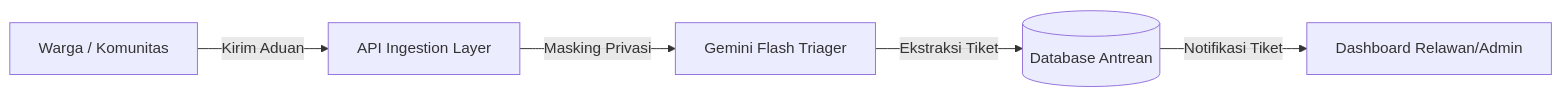
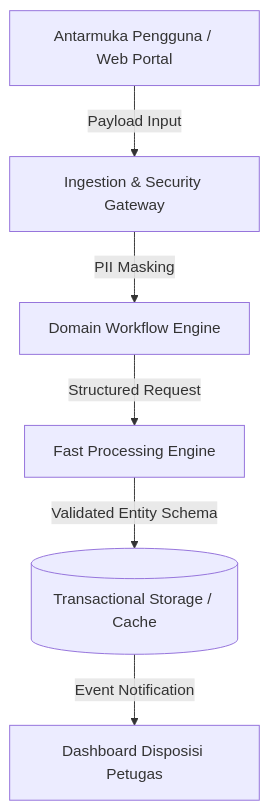
The diagram in skills/solution/code-topology-graphify.md (FatsyahRGT/vatio-corp-office), drawn with Mermaid before and after one commit. The commit also changed other lines of this file and 20 other files, not shown here.

````diff
--- a/skills/solution/code-topology-graphify.md
+++ b/skills/solution/code-topology-graphify.md
@@ -23,7 +42,8 @@
-  ```mermaid
-  graph LR
-    Warga[Warga / Komunitas] -->|Kirim Aduan| Gateway[API Ingestion Layer]
-    Gateway -->|Masking Privasi| AIService[Gemini Flash Triager]
-    AIService -->|Ekstraksi Tiket| DB[(Database Antrean)]
-    DB -->|Notifikasi Tiket| Relawan[Dashboard Relawan/Admin]
-  ```
+```mermaid
+graph TD
+  UserInterface[Antarmuka Pengguna / Web Portal] -->|Payload Input| Gateway[Ingestion & Security Gateway]
+  Gateway -->|PII Masking| DomainLogic[Domain Workflow Engine]
+  DomainLogic -->|Structured Request| InferenceLayer[Fast Processing Engine]
+  InferenceLayer -->|Validated Entity Schema| DatabaseLayer[(Transactional Storage / Cache)]
+  DatabaseLayer -->|Event Notification| ExecutionBoard[Dashboard Disposisi Petugas]
+```
````
